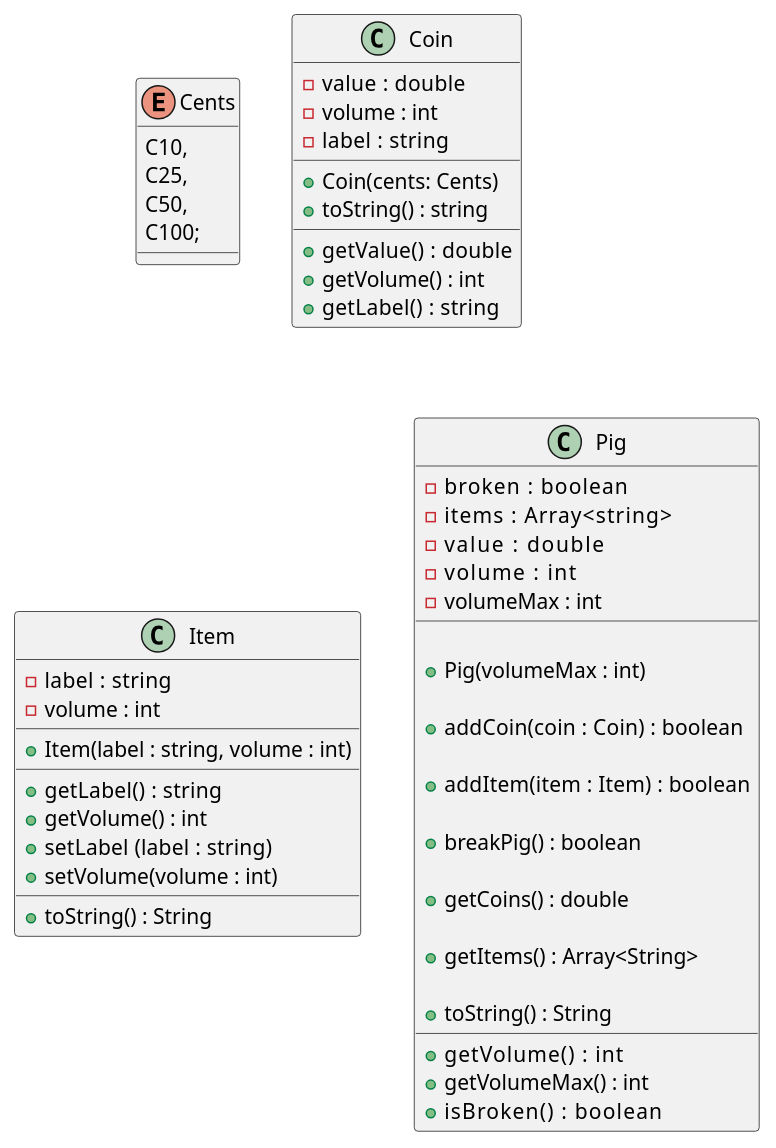
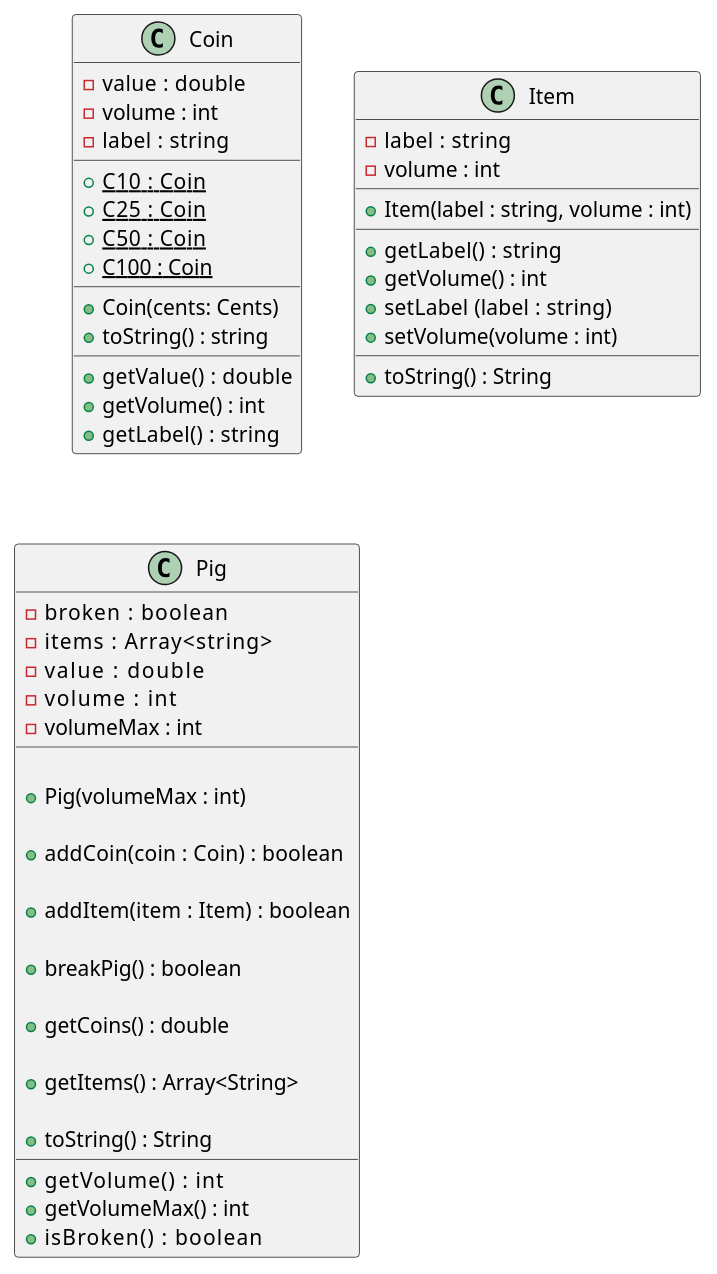
One commit to qxcodepoo/arcade changed the diagram in base/017/.cache/Readme.md. Above: the diagram before and after it, drawn with PlantUML. The commit also changed 4 other files, not shown here.

````diff
--- a/base/017/.cache/Readme.md
+++ b/base/017/.cache/Readme.md
@@ -38,71 +38,71 @@
 ```plantuml
-enum Cents{
-  C10, 
-  C25,
-  C50,
-  C100;
-}
 
 class Coin {
   - value  : double
   - volume : int
   - label  : string
+  __
+  ' static const Coin C10; //c++
+  + {static} C10  : Coin
+  + {static} C25  : Coin
+  + {static} C50  : Coin
+  + {static} C100 : Coin
   __
   + Coin(cents: Cents)
   + toString() : string
   __
   + getValue()  : double
   + getVolume() : int
   + getLabel()  : string
 }
 
 class Item {
   - label  : string
   - volume : int
   __
   + Item(label : string, volume : int)
   __
   + getLabel()  : string
   + getVolume() : int
   + setLabel (label  : string)
   + setVolume(volume : int)
   __
   + toString() : String
 }
 
 class Pig {
   - broken    : boolean
   - items     : Array<string>
   - value     : double
   - volume    : int
   - volumeMax : int
   __
   
   ' inicializa o volumeMax
   + Pig(volumeMax : int)
   
   ' se nao estiver quebrado e couber, adicione o value e o volume
   + addCoin(coin  : Coin) : boolean
   
   ' se não estiver quebrado e couber, adicione no volume e na descrição
   + addItem(item  : Item) : boolean
   
   ' quebre o pig, zere o volume
   + breakPig() : boolean
   
   ' se estiver quebrado, pegue e retorne o value
   + getCoins() : double
   
   ' se estiver quebrado, pegue e retorno os itens
   ' se não estiver quebrado, emita o erro e retorne uma lista vazia
   + getItems() : Array<String>
   
   ' retorna uma string com uma lista de itens, valor, volume / volumeMax, 
   ' e se o porquinho está quebrado ou não
   + toString() : String
   __
   + getVolume()    : int
   + getVolumeMax() : int
   + isBroken()     : boolean
 }
 ```
````
